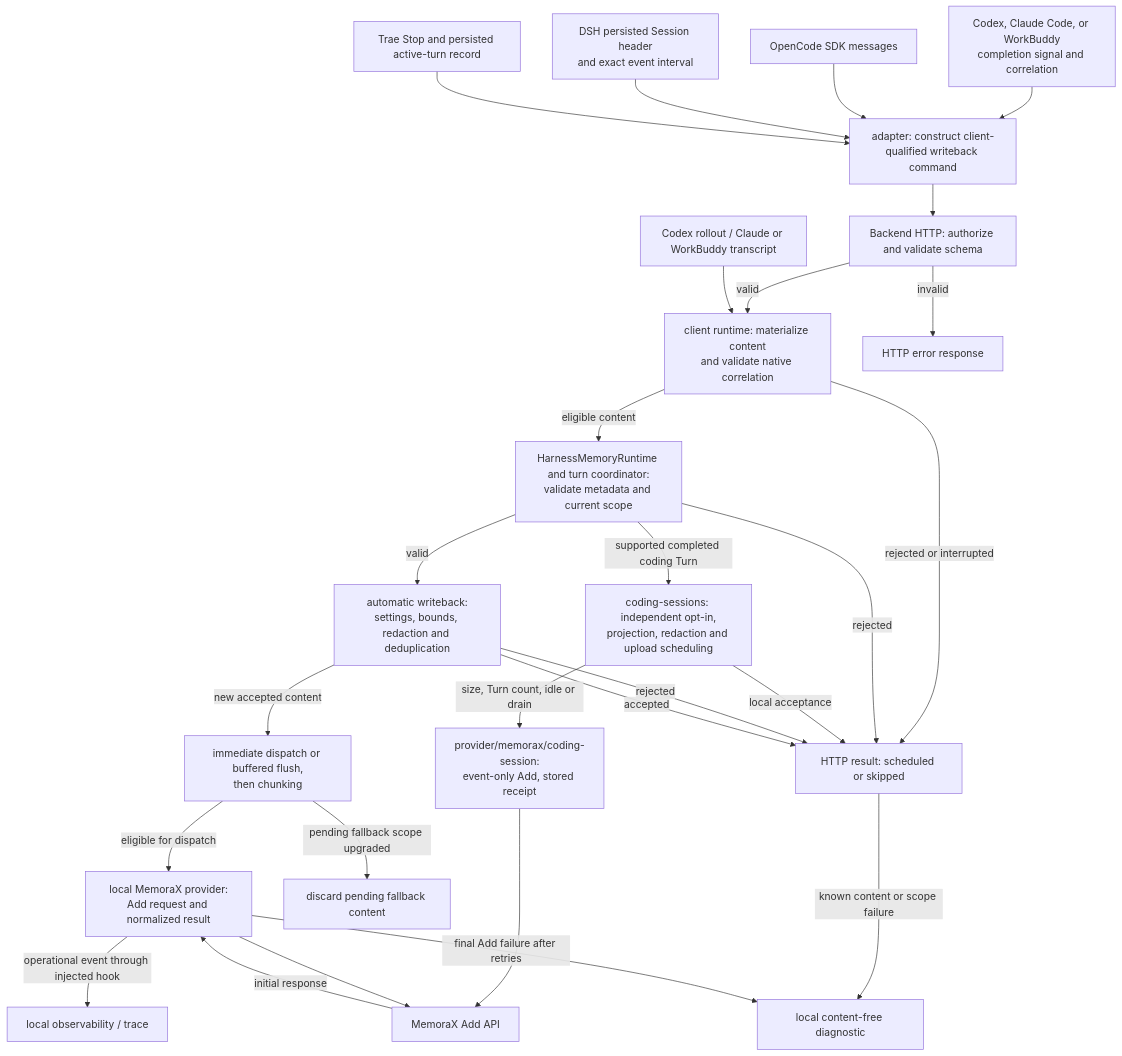
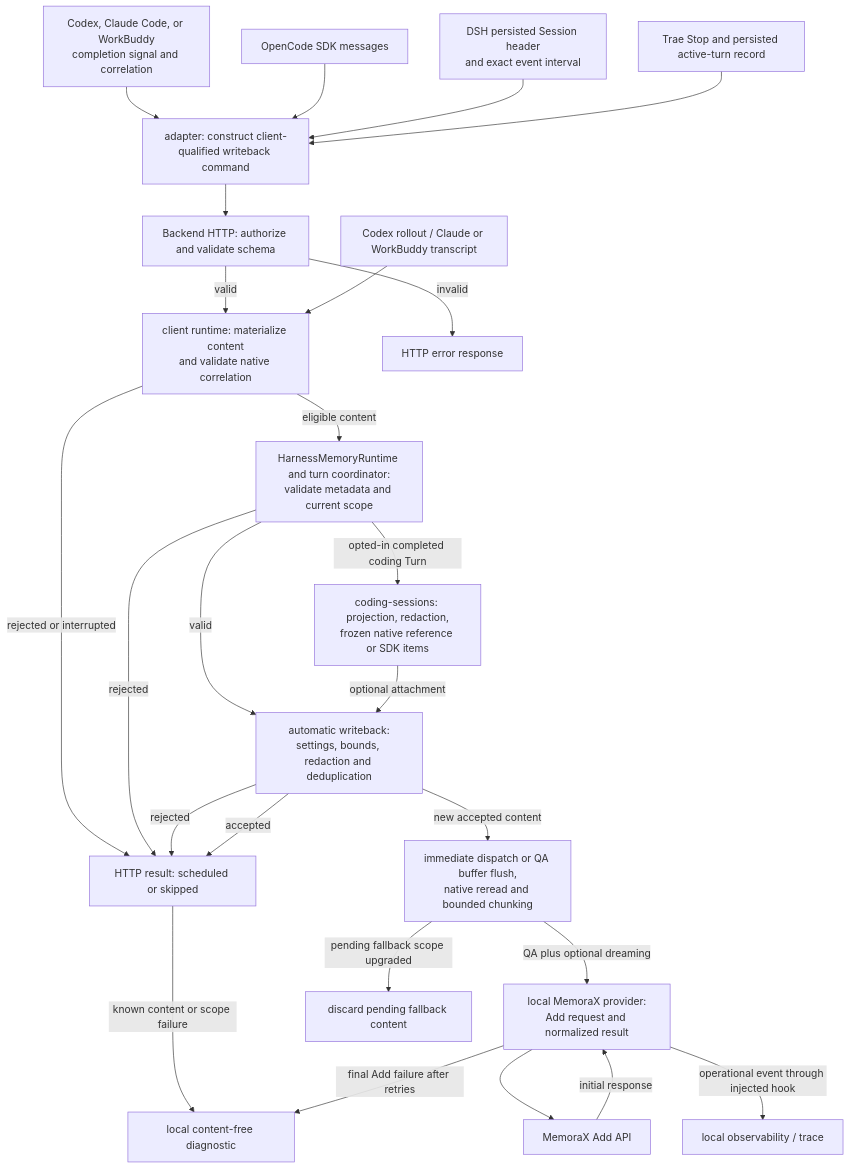
One commit to memorax-ai/memorax-code changed the fifth of 7 diagrams in ARCHITECTURE.md. Above: the diagram before and after it, drawn with Mermaid. The commit also changed other lines of this file and 34 other files, not shown here.

````diff
--- a/ARCHITECTURE.md
+++ b/ARCHITECTURE.md
@@ -642,33 +642,31 @@
 ```mermaid
 flowchart TD
   Completion["Codex, Claude Code, or WorkBuddy<br/>completion signal and correlation"] --> Hook
   SDK["OpenCode SDK messages"] --> Hook
   DSH["DSH persisted Session header<br/>and exact event interval"] --> Hook
   Trae["Trae Stop and persisted active-turn record"] --> Hook
   Hook["adapter: construct client-qualified writeback command"] --> HTTP
 
   HTTP["Backend HTTP: authorize and validate schema"] -->|"valid"| Native
   HTTP -->|"invalid"| Error["HTTP error response"]
   Files["Codex rollout / Claude or WorkBuddy transcript"] --> Native
   Native["client runtime: materialize content<br/>and validate native correlation"] -->|"eligible content"| Shared
   Native -->|"rejected or interrupted"| Result
 
   Shared["HarnessMemoryRuntime and turn coordinator:<br/>validate metadata and current scope"] -->|"valid"| Runtime
   Shared -->|"rejected"| Result
-  Shared -->|"supported completed coding Turn"| Archive
-  Archive["coding-sessions: independent opt-in,<br/>projection, redaction and upload scheduling"] -->|"local acceptance"| Result
-  Archive -->|"size, Turn count, idle or drain"| ArchiveProvider["provider/memorax/coding-session:<br/>event-only Add, stored receipt"]
-  ArchiveProvider --> Remote
+  Shared -->|"opted-in completed coding Turn"| Archive
+  Archive["coding-sessions: projection, redaction,<br/>frozen native reference or SDK items"] -->|"optional attachment"| Runtime
   Runtime["automatic writeback:<br/>settings, bounds, redaction and deduplication"] -->|"rejected"| Result
   Runtime -->|"accepted"| Result
   Result["HTTP result: scheduled or skipped"]
 
   Runtime -->|"new accepted content"| Pending
-  Pending["immediate dispatch or buffered flush,<br/>then chunking"] -->|"eligible for dispatch"| Provider
+  Pending["immediate dispatch or QA buffer flush,<br/>native reread and bounded chunking"] -->|"QA plus optional dreaming"| Provider
   Pending -->|"pending fallback scope upgraded"| Discard["discard pending fallback content"]
   Provider["local MemoraX provider:<br/>Add request and normalized result"] --> Remote
   Remote["MemoraX Add API"] -->|"initial response"| Provider
   Provider -->|"operational event through injected hook"| Trace["local observability / trace"]
   Result -->|"known content or scope failure"| Diagnostic["local content-free diagnostic"]
   Provider -->|"final Add failure after retries"| Diagnostic
 ```
````
